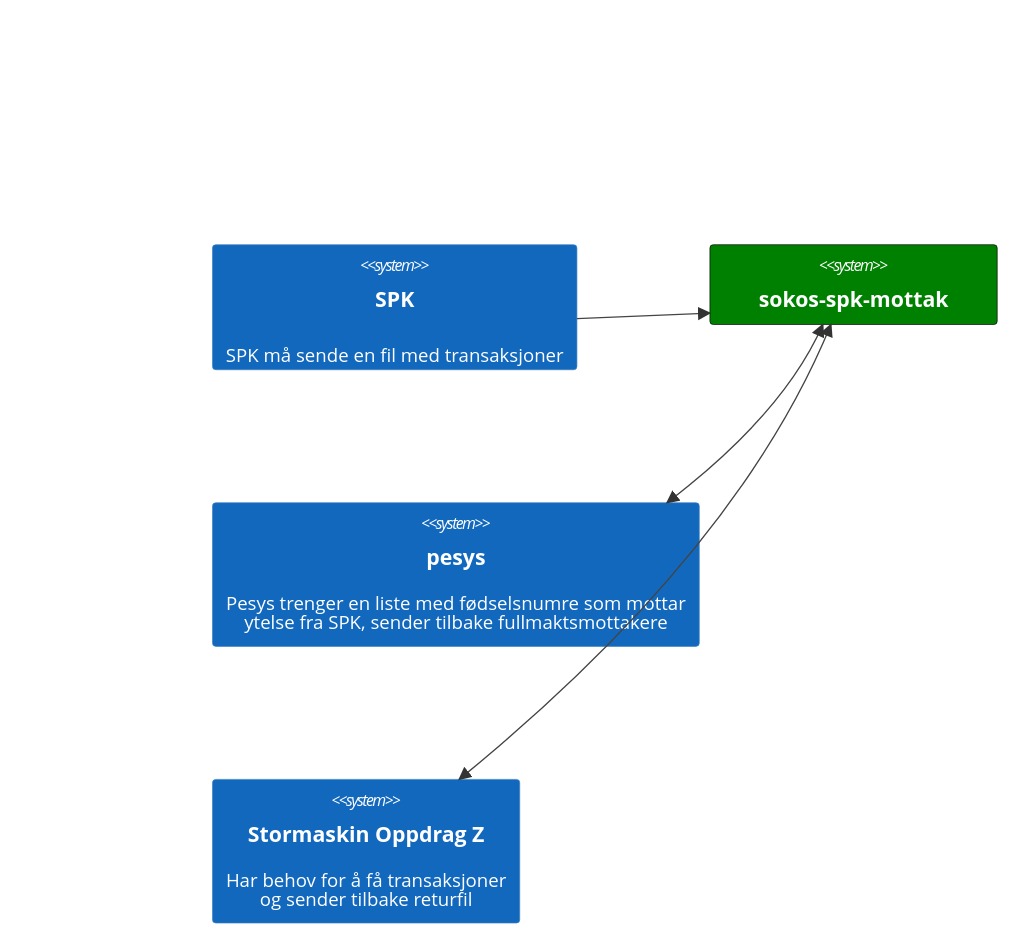
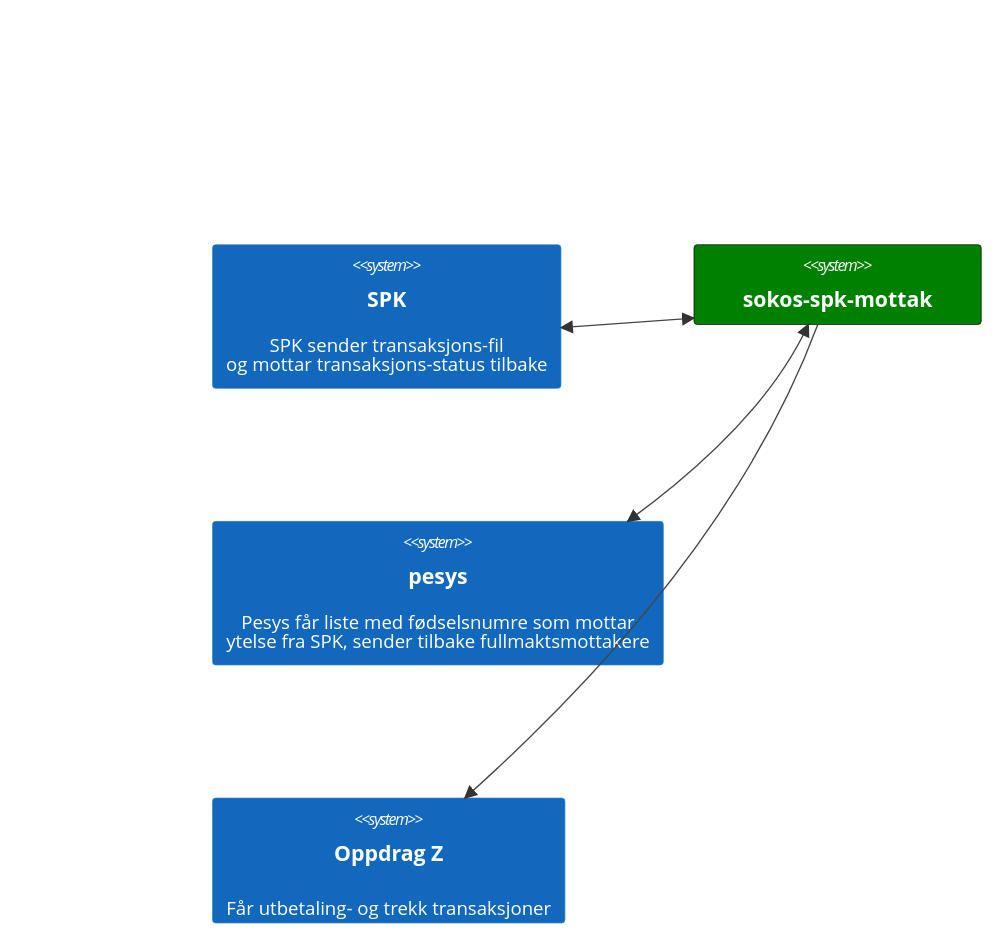
One commit to navikt/sokos-spk-mottak changed the diagram in dokumentasjon/avhengighetskart.md. Above: the diagram before and after it, drawn with Mermaid.

Commit message:
oppdaterer avhengighetskart

`````diff
--- a/dokumentasjon/avhengighetskart.md
+++ b/dokumentasjon/avhengighetskart.md
@@ -3,14 +3,14 @@
 ````mermaid
     C4Context
-        UpdateLayoutConfig($c4ShapeInRow="2", $c4BoundaryInRow="2")
+    UpdateLayoutConfig($c4ShapeInRow="2", $c4BoundaryInRow="2")
 
-        System(spk, "SPK", "SPK må sende en fil med transaksjoner")
-        System(sokos-spk-mottak, "sokos-spk-mottak", "")
-        UpdateElementStyle(sokos-spk-mottak, $fontColor="white", $bgColor="green", $borderColor="black")
-        System(pesys, "pesys", "Pesys trenger en liste med fødselsnumre som mottar<br />ytelse fra SPK, sender tilbake fullmaktsmottakere")
-        System(oppdragZ, "Stormaskin Oppdrag Z", "Har behov for å få transaksjoner<br /> og sender tilbake returfil")
-    
-        Rel(spk, sokos-spk-mottak, "")
-        BiRel(sokos-spk-mottak, pesys, "")
-        BiRel(sokos-spk-mottak, oppdragZ, "")
+    System(spk, "SPK", "SPK sender transaksjons-fil<br>og mottar transaksjons-status tilbake")
+    System(sokos-spk-mottak, "sokos-spk-mottak", "")
+    UpdateElementStyle(sokos-spk-mottak, $fontColor="white", $bgColor="green", $borderColor="black")
+    System(pesys, "pesys", "Pesys får liste med fødselsnumre som mottar<br />ytelse fra SPK, sender tilbake fullmaktsmottakere")
+    System(oppdragZ, "Oppdrag Z", "Får utbetaling- og trekk transaksjoner")
+
+    BiRel(spk, sokos-spk-mottak, "")
+    BiRel(sokos-spk-mottak, pesys, "")
+    Rel(sokos-spk-mottak, oppdragZ, "")
 ````
`````
